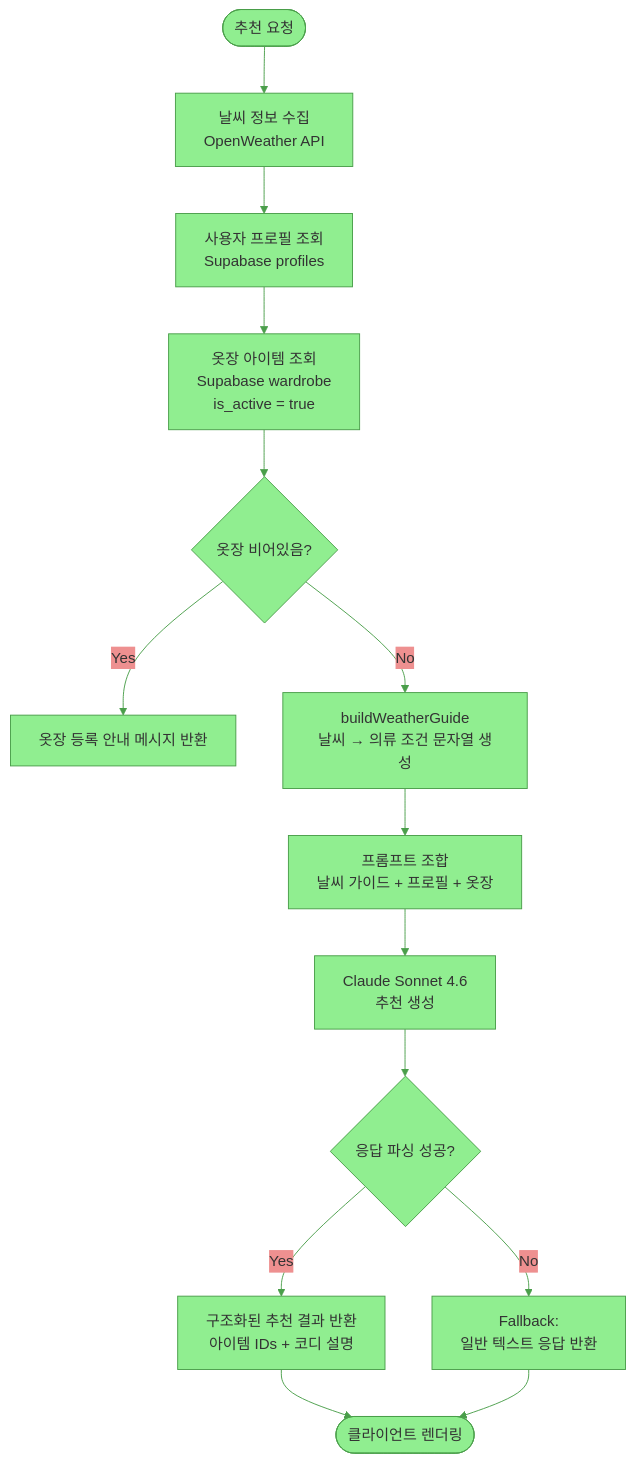
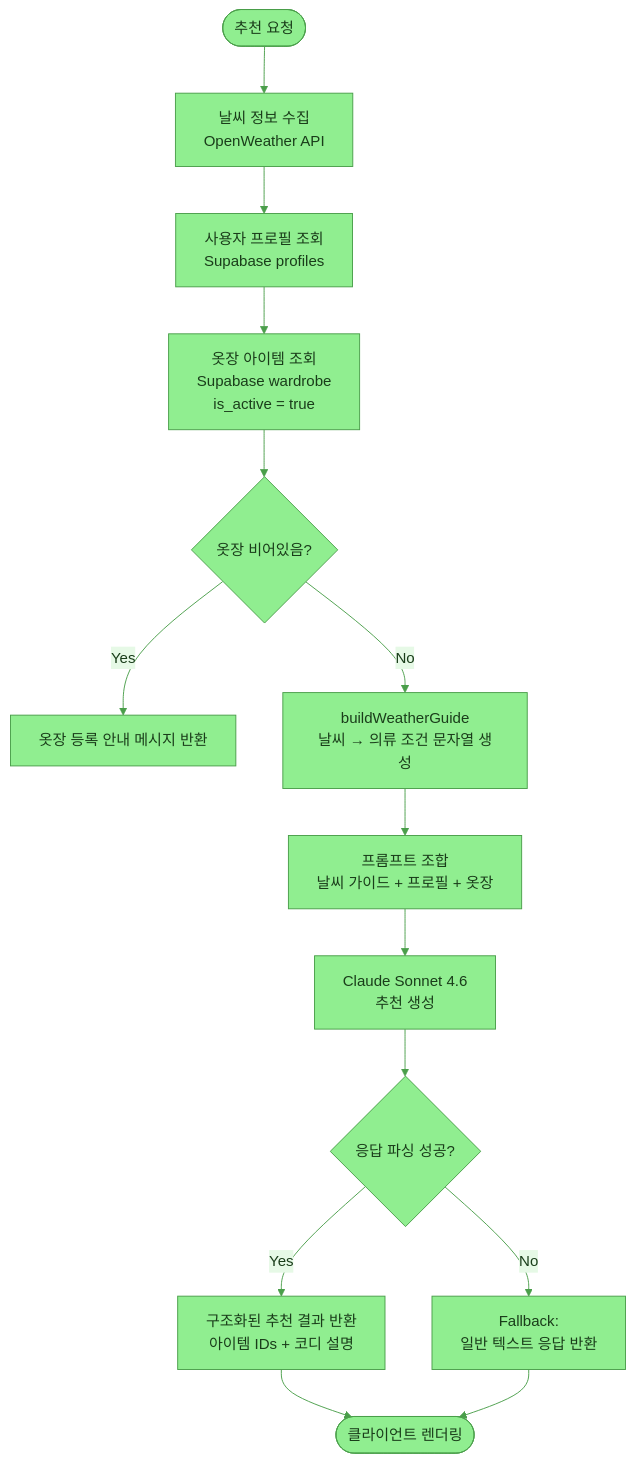
The fifth of 5 diagrams in README.md (young017/weather), drawn with Mermaid before and after one commit. The commit also changed other lines of this file, not shown here.

````diff
--- a/README.md
+++ b/README.md
@@ -177,17 +186,17 @@
 ```mermaid
-%%{init: {'theme': 'base', 'themeVariables': {'primaryColor': '#90EE90', 'primaryBorderColor': '#4a9e4a', 'lineColor': '#4a9e4a'}}}%%
+%%{init: {'theme': 'base', 'themeVariables': {'primaryColor': '#90EE90', 'primaryBorderColor': '#4a9e4a', 'primaryTextColor': '#1a3d1a', 'secondaryColor': '#c8f0c8', 'tertiaryColor': '#e6f9e6', 'lineColor': '#4a9e4a', 'edgeLabelBackground': '#e6f9e6', 'clusterBkg': '#e6f9e6', 'critBkgColor': '#c8f0c8', 'warningBkgColor': '#c8f0c8', 'nodeBorder': '#4a9e4a'}}}%%
 flowchart TD
     A([추천 요청]) --> B[날씨 정보 수집\nOpenWeather API]
     B --> C[사용자 프로필 조회\nSupabase profiles]
     C --> D[옷장 아이템 조회\nSupabase wardrobe\nis_active = true]
     D --> E{옷장 비어있음?}
     E -- Yes --> F[옷장 등록 안내 메시지 반환]
     E -- No --> G[buildWeatherGuide\n날씨 → 의류 조건 문자열 생성]
     G --> H[프롬프트 조합\n날씨 가이드 + 프로필 + 옷장]
     H --> I[Claude Sonnet 4.6\n추천 생성]
     I --> J{응답 파싱 성공?}
     J -- No --> K[Fallback:\n일반 텍스트 응답 반환]
     J -- Yes --> L[구조화된 추천 결과 반환\n아이템 IDs + 코디 설명]
     L --> M([클라이언트 렌더링])
     K --> M
 ```
````
